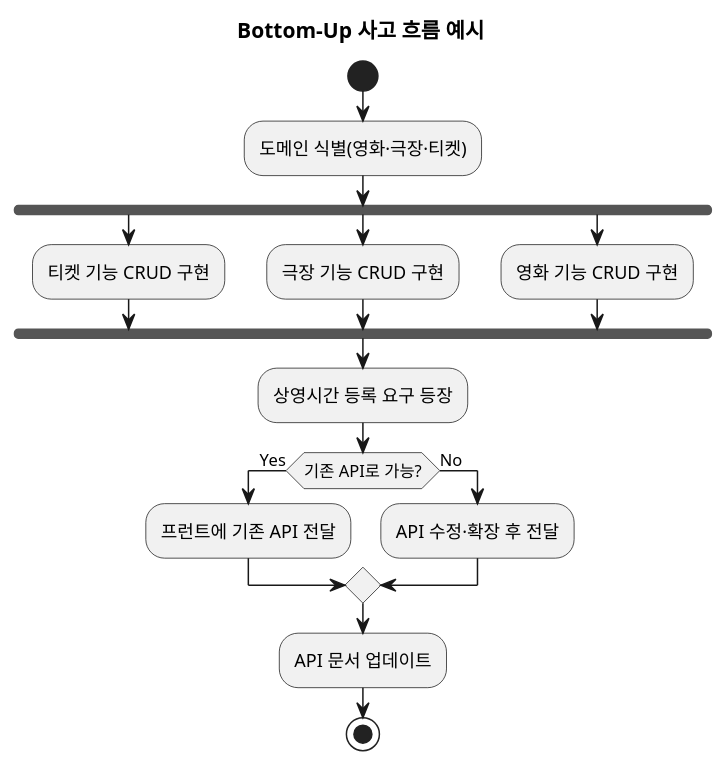
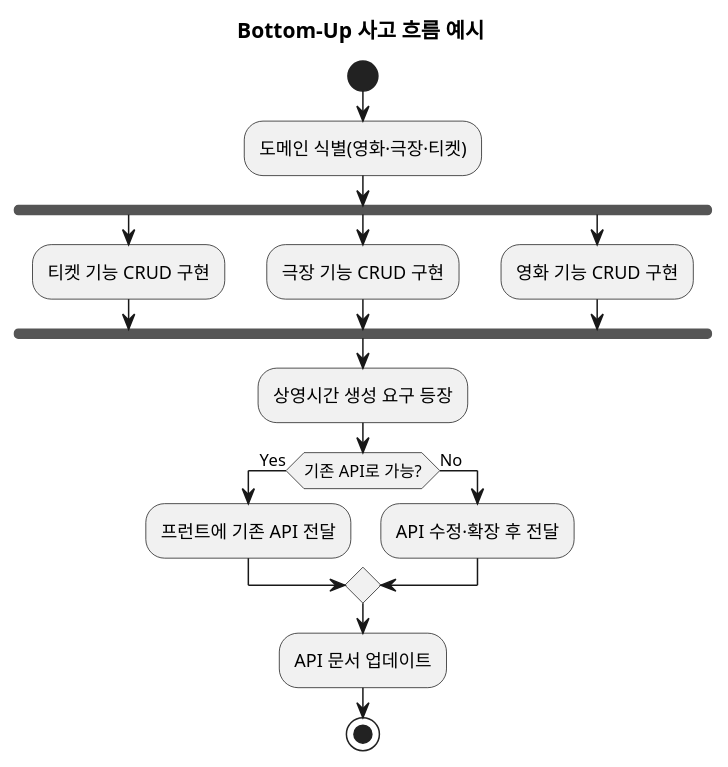
The seventh of 14 diagrams in _posts/2025-05-01-movie-booking-system-2.md (mannercode/mannercode.github.io), drawn with PlantUML before and after one commit. The commit also changed other lines of this file and 37 other files, not shown here.

```diff
--- a/_posts/2025-05-01-movie-booking-system-2.md
+++ b/_posts/2025-05-01-movie-booking-system-2.md
@@ -307,23 +307,23 @@
 {% plantuml %}
 @startuml
 title Bottom-Up 사고 흐름 예시
 |개발자|
 start
 :도메인 식별(영화·극장·티켓);
 fork
   :티켓 기능 CRUD 구현;
 fork again
   :극장 기능 CRUD 구현;
 fork again
   :영화 기능 CRUD 구현;
 end fork
-:상영시간 등록 요구 등장;
+:상영시간 생성 요구 등장;
 if (기존 API로 가능?) then (Yes)
     :프런트에 기존 API 전달;
 else (No)
     :API 수정·확장 후 전달;
 endif
 :API 문서 업데이트;
 stop
 @enduml
 {% endplantuml %}
```
